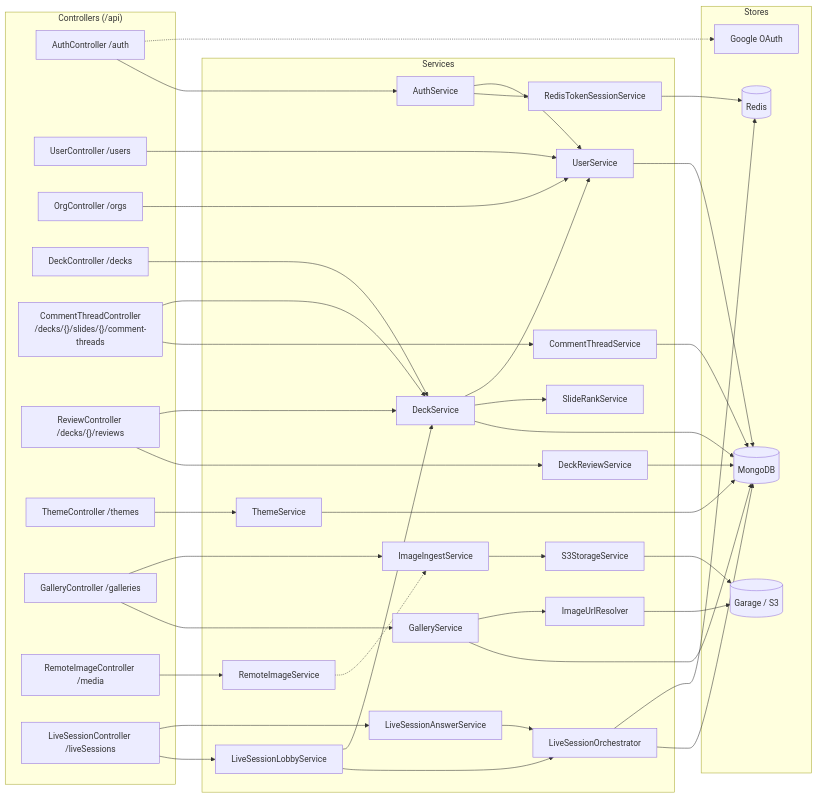
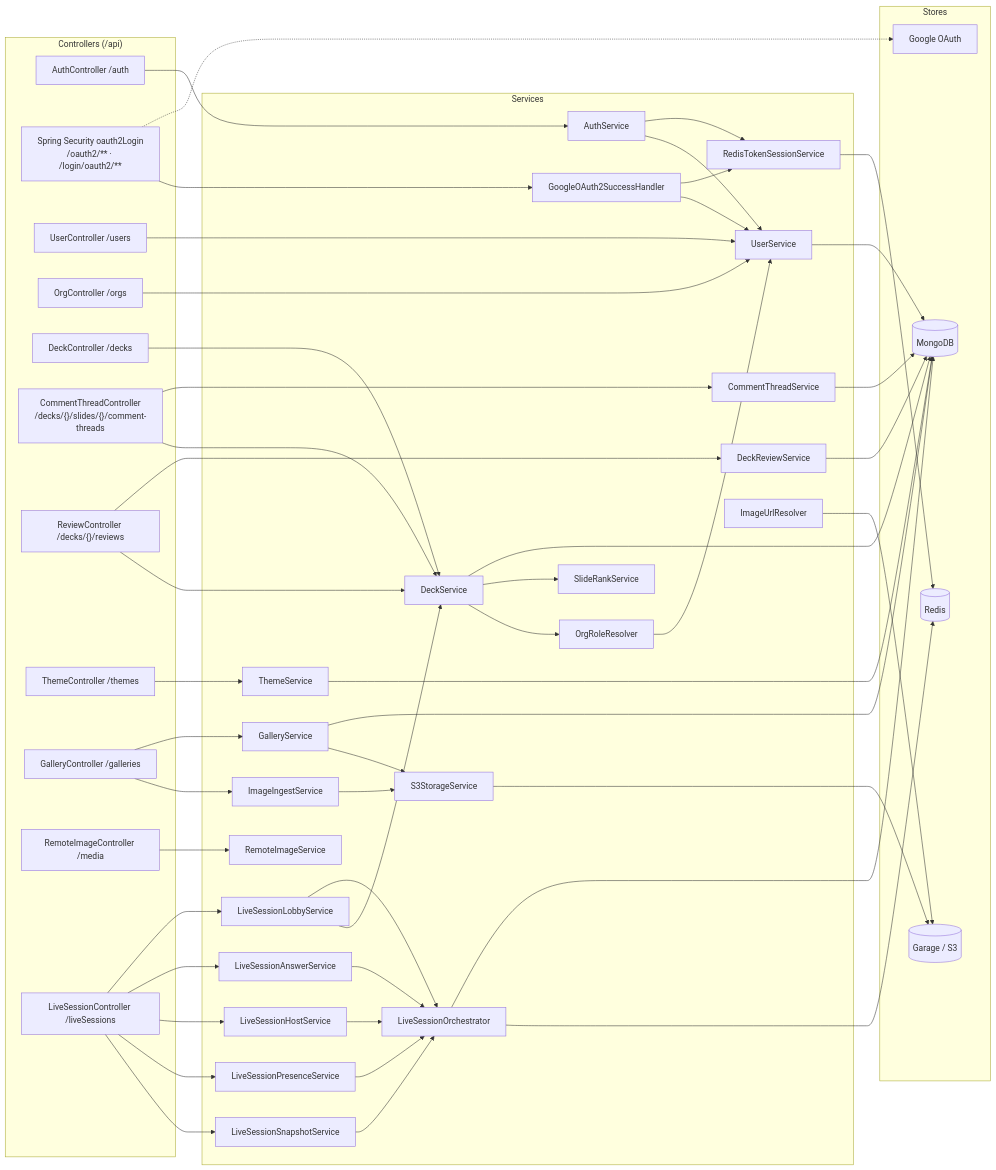
One commit to Saganaut/ambi changed the first of 2 diagrams in z-docs/diagrams/backend-services.md. Above: the diagram before and after it, drawn with Mermaid. The commit also changed other lines of this file and 3 other files, not shown here.

Commit message:
docs(diagrams): correct backend-services, live-session, media-gallery, system-overview

````diff
--- a/z-docs/diagrams/backend-services.md
+++ b/z-docs/diagrams/backend-services.md
@@ -13,68 +13,79 @@
 ```mermaid
 flowchart LR
     subgraph controllers["Controllers (/api)"]
         AUTH["AuthController /auth"]
+        OAUTH2["Spring Security oauth2Login<br/>/oauth2/** · /login/oauth2/**"]
         USER["UserController /users"]
         ORG["OrgController /orgs"]
         DECK["DeckController /decks"]
         COMMENT["CommentThreadController<br/>/decks/{}/slides/{}/comment-threads"]
         REVIEW["ReviewController /decks/{}/reviews"]
         THEME["ThemeController /themes"]
         GAL["GalleryController /galleries"]
         RIMG["RemoteImageController /media"]
         LSC["LiveSessionController /liveSessions"]
     end
 
     subgraph services["Services"]
         AS["AuthService"]
         TS["RedisTokenSessionService"]
+        GOSH["GoogleOAuth2SuccessHandler"]
         USVC["UserService"]
+        ORR["OrgRoleResolver"]
         DS["DeckService"]
         SR["SlideRankService"]
         CS["CommentThreadService"]
         DRS["DeckReviewService"]
         THS["ThemeService"]
         GS["GalleryService"]
         IIS["ImageIngestService"]
         RIS["RemoteImageService"]
         LLS["LiveSessionLobbyService"]
         LAS["LiveSessionAnswerService"]
+        LHS["LiveSessionHostService"]
+        LPS["LiveSessionPresenceService"]
+        LSS["LiveSessionSnapshotService"]
         ORCH["LiveSessionOrchestrator"]
         S3["S3StorageService"]
         IUR["ImageUrlResolver"]
     end
 
     subgraph stores["Stores"]
         MONGO[("MongoDB")]
         REDIS[("Redis")]
         OBJ[("Garage / S3")]
         GOOG["Google OAuth"]
     end
 
     AUTH --> AS --> TS --> REDIS
     AS --> USVC
-    AUTH -.-> GOOG
+    OAUTH2 -.-> GOOG
+    OAUTH2 --> GOSH --> TS
+    GOSH --> USVC
     USER --> USVC --> MONGO
     ORG --> USVC
 
     DECK --> DS --> MONGO
     DS --> SR
-    DS --> USVC
+    DS --> ORR --> USVC
     COMMENT --> CS --> MONGO
     COMMENT --> DS
     REVIEW --> DRS --> MONGO
     REVIEW --> DS
     THEME --> THS --> MONGO
 
     GAL --> GS --> MONGO
     GAL --> IIS --> S3 --> OBJ
-    GS --> IUR --> OBJ
+    GS --> S3
+    IUR --> OBJ
     RIMG --> RIS
-    RIS -.-> IIS
 
     LSC --> LLS --> ORCH
     LSC --> LAS --> ORCH
+    LSC --> LHS --> ORCH
+    LSC --> LPS --> ORCH
+    LSC --> LSS --> ORCH
     ORCH --> MONGO
     ORCH --> REDIS
     LLS --> DS
 ```
````
